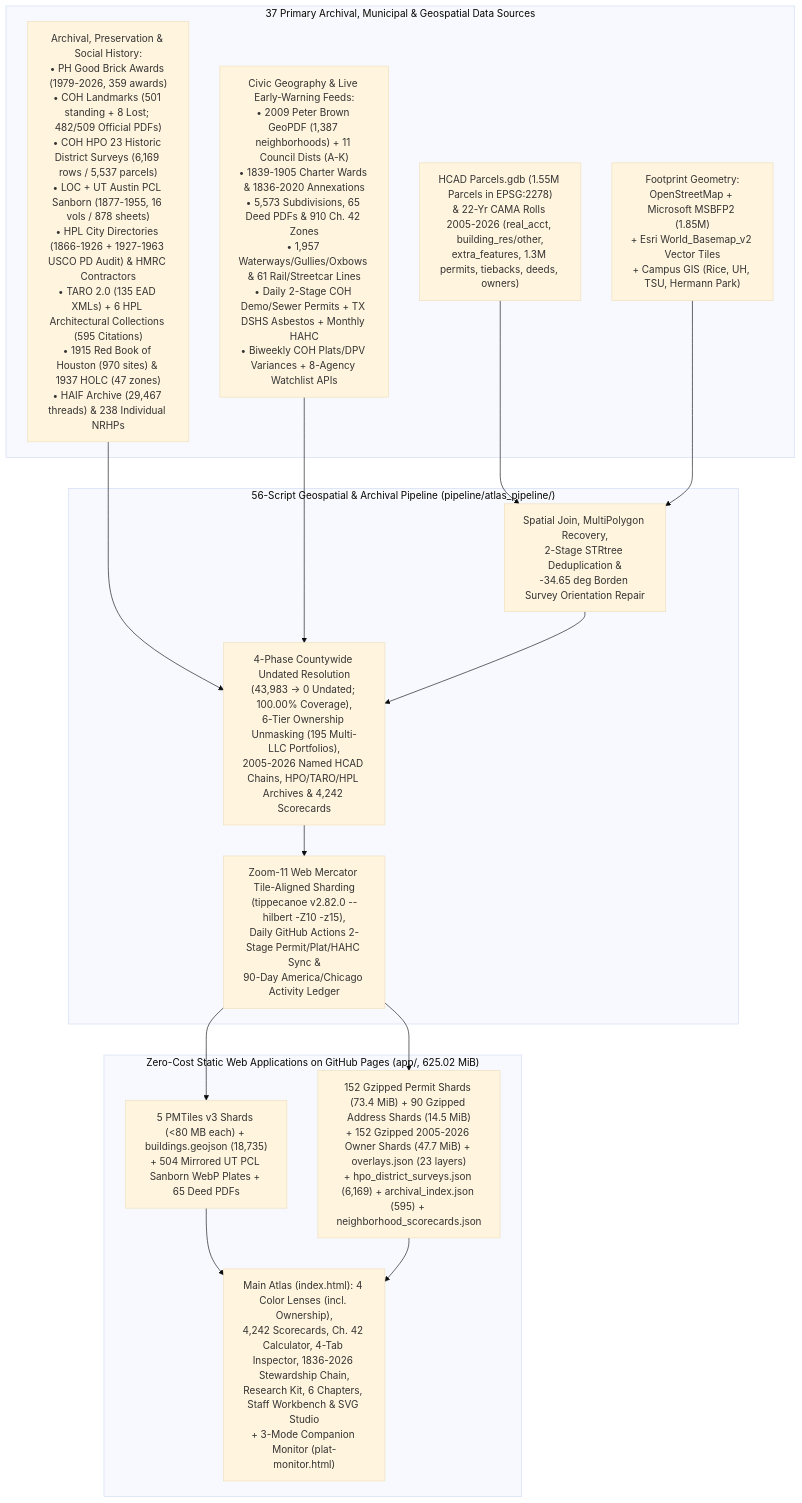
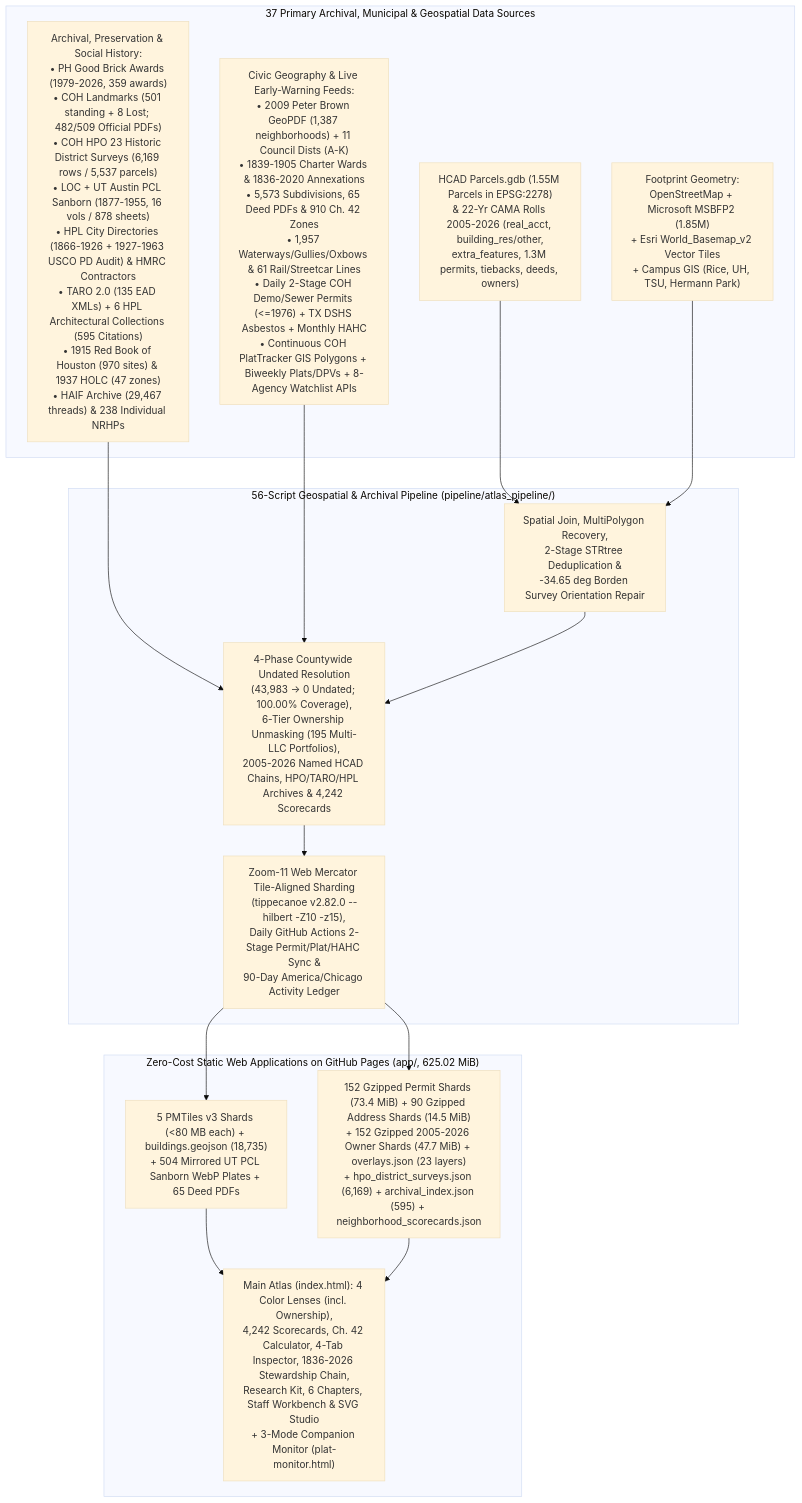
Before and after one commit to davemorris-gcp/houston-building-atlas: the diagram in README.md, drawn with Mermaid (base theme). The commit also changed other lines of this file and 130 other files, not shown here.

````diff
--- a/README.md
+++ b/README.md
@@ -20,26 +20,26 @@
 ```mermaid
 flowchart TD
     subgraph Sources["37 Primary Archival, Municipal & Geospatial Data Sources"]
         S1["HCAD Parcels.gdb (1.55M Parcels in EPSG:2278)\n& 22-Yr CAMA Rolls 2005-2026 (real_acct, building_res/other,\nextra_features, 1.3M permits, tiebacks, deeds, owners)"]
         S2["Footprint Geometry:\nOpenStreetMap + Microsoft MSBFP2 (1.85M)\n+ Esri World_Basemap_v2 Vector Tiles\n+ Campus GIS (Rice, UH, TSU, Hermann Park)"]
         S3["Archival, Preservation & Social History:\n• PH Good Brick Awards (1979-2026, 359 awards)\n• COH Landmarks (501 standing + 8 Lost; 482/509 Official PDFs)\n• COH HPO 23 Historic District Surveys (6,169 rows / 5,537 parcels)\n• LOC + UT Austin PCL Sanborn (1877-1955, 16 vols / 878 sheets)\n• HPL City Directories (1866-1926 + 1927-1963 USCO PD Audit) & HMRC Contractors\n• TARO 2.0 (135 EAD XMLs) + 6 HPL Architectural Collections (595 Citations)\n• 1915 Red Book of Houston (970 sites) & 1937 HOLC (47 zones)\n• HAIF Archive (29,467 threads) & 238 Individual NRHPs"]
-        S4["Civic Geography & Live Early-Warning Feeds:\n• 2009 Peter Brown GeoPDF (1,387 neighborhoods) + 11 Council Dists (A-K)\n• 1839-1905 Charter Wards & 1836-2020 Annexations\n• 5,573 Subdivisions, 65 Deed PDFs & 910 Ch. 42 Zones\n• 1,957 Waterways/Gullies/Oxbows & 61 Rail/Streetcar Lines\n• Daily 2-Stage COH Demo/Sewer Permits + TX DSHS Asbestos + Monthly HAHC\n• Biweekly COH Plats/DPV Variances + 8-Agency Watchlist APIs"]
+        S4["Civic Geography & Live Early-Warning Feeds:\n• 2009 Peter Brown GeoPDF (1,387 neighborhoods) + 11 Council Dists (A-K)\n• 1839-1905 Charter Wards & 1836-2020 Annexations\n• 5,573 Subdivisions, 65 Deed PDFs & 910 Ch. 42 Zones\n• 1,957 Waterways/Gullies/Oxbows & 61 Rail/Streetcar Lines\n• Daily 2-Stage COH Demo/Sewer Permits (<=1976) + TX DSHS Asbestos + Monthly HAHC\n• Continuous COH PlatTracker GIS Polygons + Biweekly Plats/DPVs + 8-Agency Watchlist APIs"]
     end
 
     subgraph Pipeline["56-Script Geospatial & Archival Pipeline (pipeline/atlas_pipeline/)"]
         P1["Spatial Join, MultiPolygon Recovery,\n2-Stage STRtree Deduplication &\n-34.65 deg Borden Survey Orientation Repair"]
         P2["4-Phase Countywide Undated Resolution\n(43,983 -> 0 Undated; 100.00% Coverage),\n6-Tier Ownership Unmasking (195 Multi-LLC Portfolios),\n2005-2026 Named HCAD Chains, HPO/TARO/HPL Archives & 4,242 Scorecards"]
         P3["Zoom-11 Web Mercator Tile-Aligned Sharding\n(tippecanoe v2.82.0 --hilbert -Z10 -z15),\nDaily GitHub Actions 2-Stage Permit/Plat/HAHC Sync &\n90-Day America/Chicago Activity Ledger"]
     end
 
     subgraph App["Zero-Cost Static Web Applications on GitHub Pages (app/, 625.02 MiB)"]
         A1["5 PMTiles v3 Shards (<80 MB each) + buildings.geojson (18,735)\n+ 504 Mirrored UT PCL Sanborn WebP Plates + 65 Deed PDFs"]
         A2["152 Gzipped Permit Shards (73.4 MiB) + 90 Gzipped Address Shards (14.5 MiB)\n+ 152 Gzipped 2005-2026 Owner Shards (47.7 MiB) + overlays.json (23 layers)\n+ hpo_district_surveys.json (6,169) + archival_index.json (595) + neighborhood_scorecards.json"]
         A3["Main Atlas (index.html): 4 Color Lenses (incl. Ownership),\n4,242 Scorecards, Ch. 42 Calculator, 4-Tab Inspector, 1836-2026 Stewardship Chain,\nResearch Kit, 6 Chapters, Staff Workbench & SVG Studio\n+ 3-Mode Companion Monitor (plat-monitor.html)"]
     end
 
     S1 & S2 --> P1
     S3 & S4 --> P2
     P1 --> P2 --> P3
     P3 --> A1 & A2 --> A3
 ```
````
